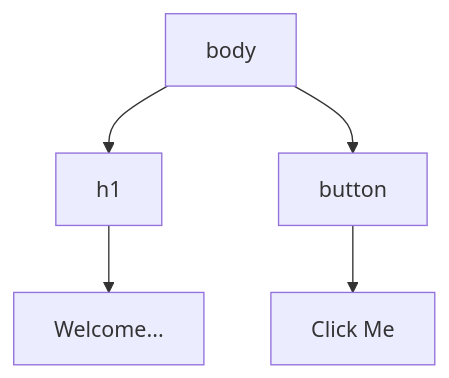
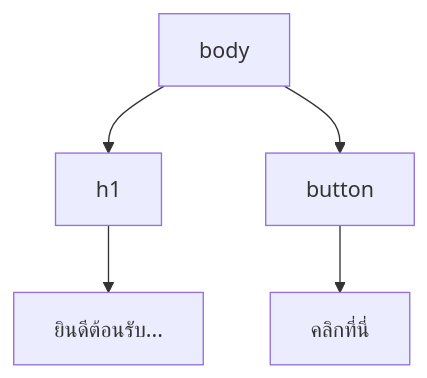
Before and after one commit to S2P2/beginner-guide-web-testing-th: the diagram in docs/Module 0: Foundations/0_html_dom.md, drawn with Mermaid. The commit also changed other lines of this file and 5 other files, not shown here.

````diff
--- a/docs/Module 0: Foundations/0_html_dom.md
+++ b/docs/Module 0: Foundations/0_html_dom.md
@@ -69,14 +68,13 @@
 ``` mermaid
 graph TD
     body[body]
     h1[h1]
     button[button]
-    text1["Welcome..."]
-    text2["Click Me"]
+    text1["ยินดีต้อนรับ..."]
+    text2["คลิกที่นี่"]
 
     body --> h1
     body --> button
     h1 --> text1
     button --> text2
-
 ```
````
